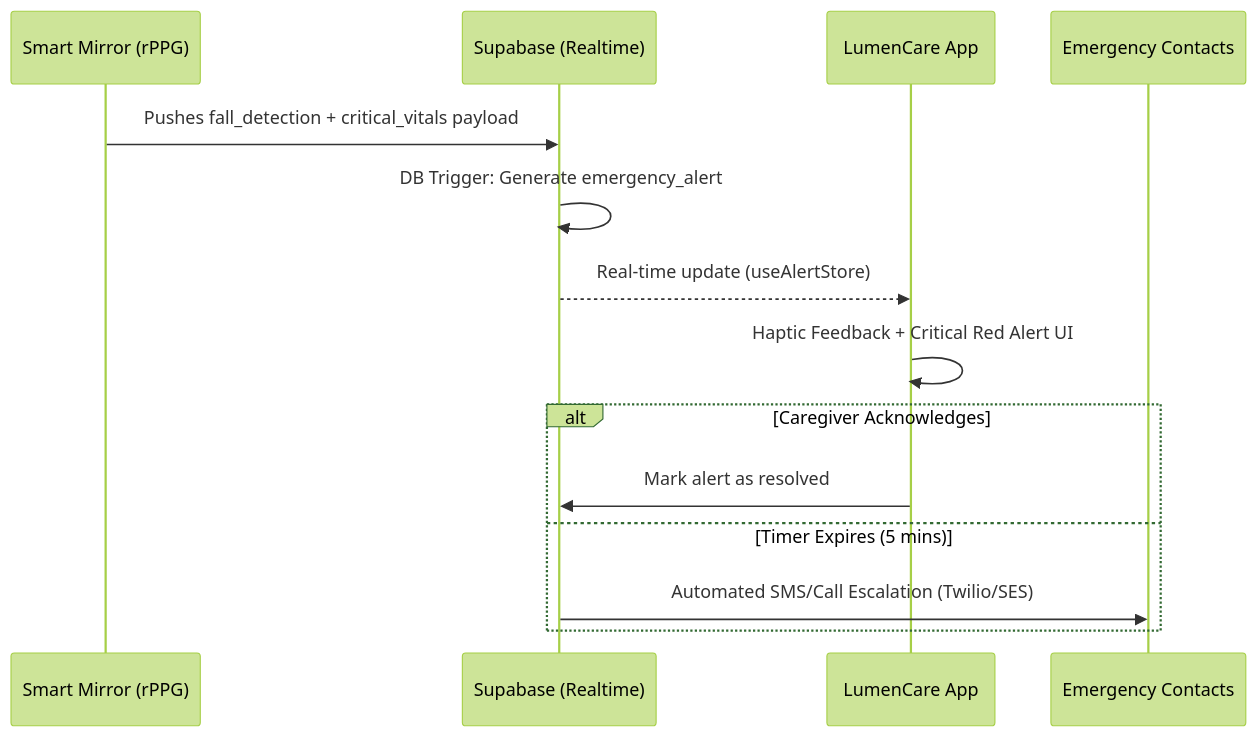
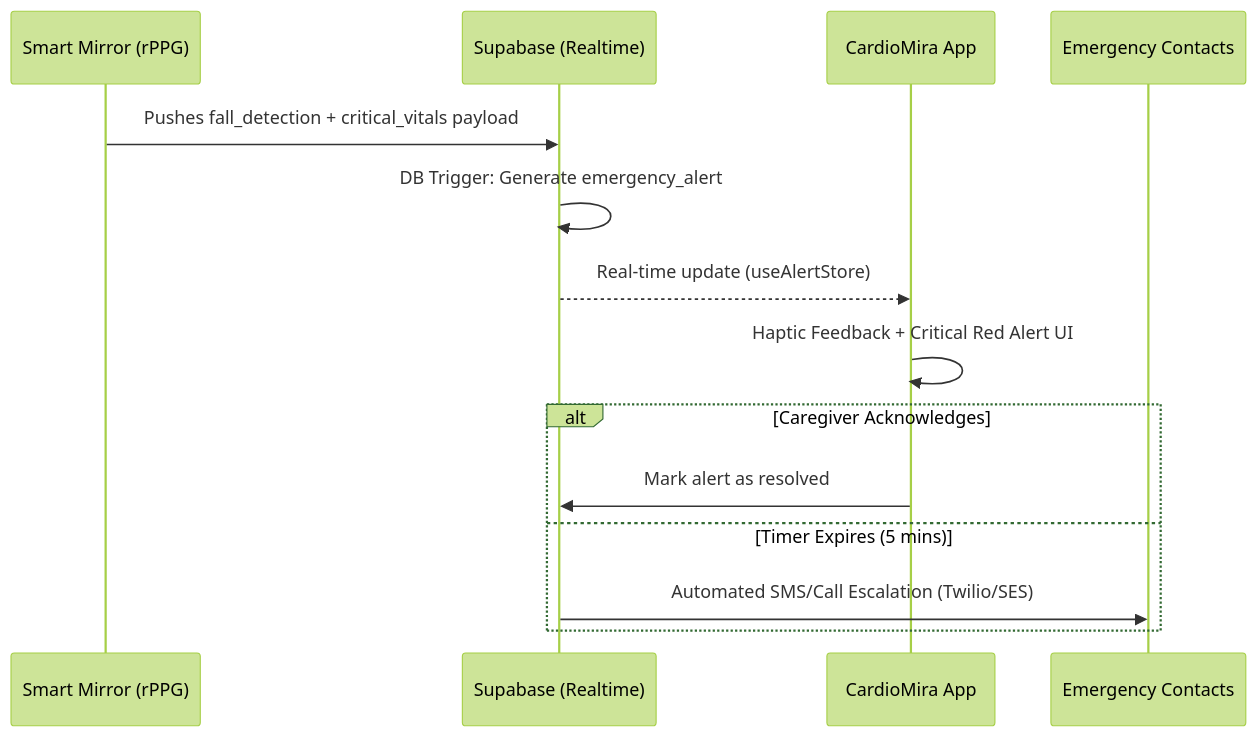
The diagram in README.md (itznotpk/LumenCare-Smart_Wellness_Mirror), drawn with Mermaid (forest theme) before and after one commit. The commit also changed other lines of this file and 34 other files, not shown here.

Commit message:
CardioMira Rebranding and Clinical PDF Reporting Implementation. Updated System Architecture and Pitch Deck Content.

````diff
--- a/README.md
+++ b/README.md
@@ -58,17 +59,17 @@
 ```mermaid
 sequenceDiagram
     participant M as Smart Mirror (rPPG)
     participant S as Supabase (Realtime)
-    participant A as LumenCare App
+    participant A as CardioMira App
     participant E as Emergency Contacts
 
     M->>S: Pushes fall_detection + critical_vitals payload
     S->>S: DB Trigger: Generate emergency_alert
     S-->>A: Real-time update (useAlertStore)
     A->>A: Haptic Feedback + Critical Red Alert UI
     alt Caregiver Acknowledges
         A->>S: Mark alert as resolved
     else Timer Expires (5 mins)
         S->>E: Automated SMS/Call Escalation (Twilio/SES)
     end
 ```
````
